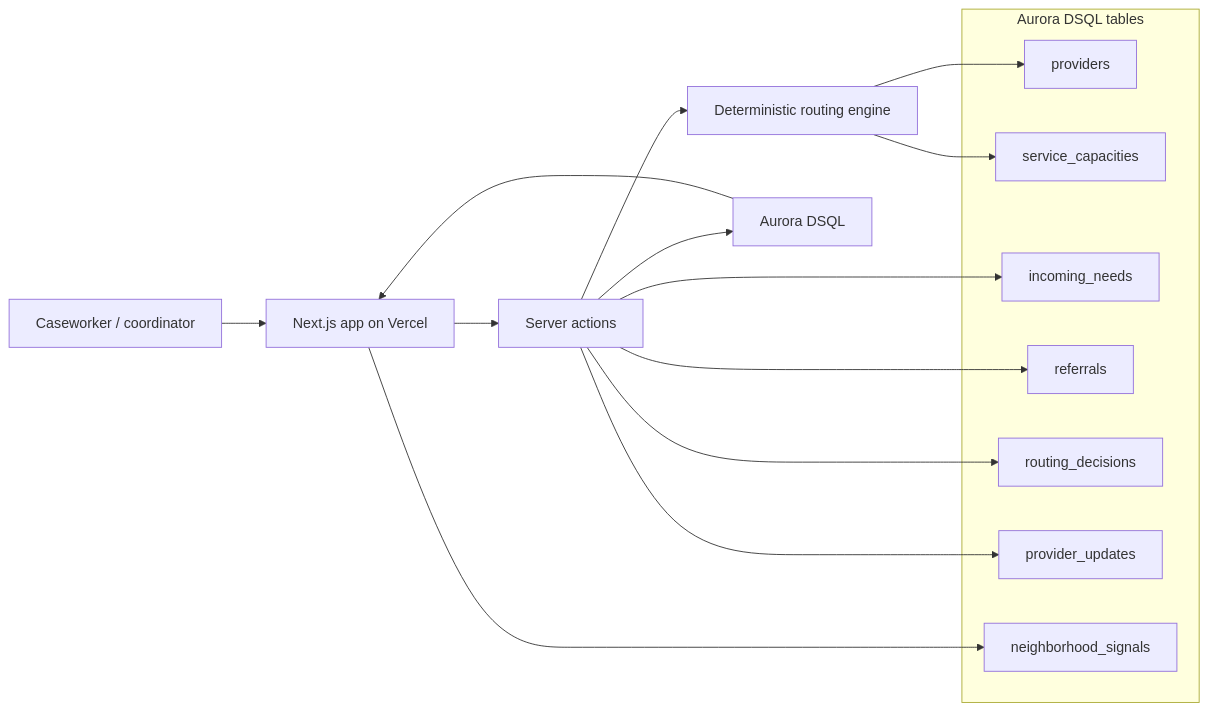
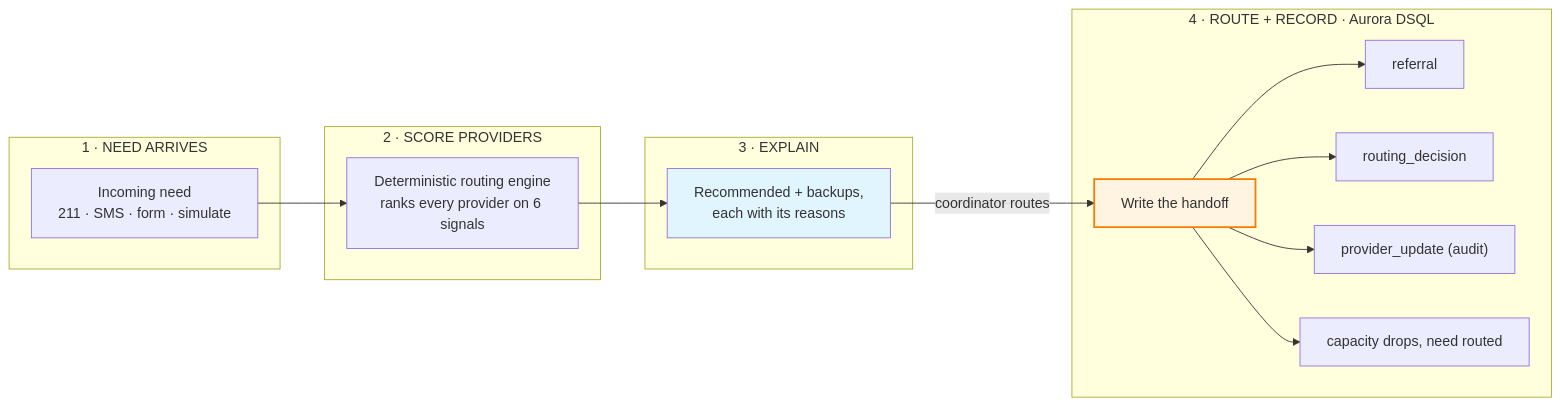
One commit to Sai-Krishna99/civic-pulse changed the first of 4 diagrams in README.md. Above: the diagram before and after it, drawn with Mermaid. The commit also changed other lines of this file and 10 other files, not shown here.

First line of the commit message:
docs: showcase README with diagrams + live screenshots; DSQL dev tooling

````diff
--- a/README.md
+++ b/README.md
@@ -29,26 +41,21 @@
 ```mermaid
-flowchart LR
-  operator["Caseworker / coordinator"] --> app["Next.js app on Vercel"]
-  app --> actions["Server actions"]
-  actions --> routing["Deterministic routing engine"]
-  actions --> dsql["Aurora DSQL"]
-  dsql --> app
-
-  subgraph "Aurora DSQL tables"
-    providers["providers"]
-    capacity["service_capacities"]
-    needs["incoming_needs"]
-    referrals["referrals"]
-    decisions["routing_decisions"]
-    updates["provider_updates"]
-    signals["neighborhood_signals"]
-  end
-
-  routing --> providers
-  routing --> capacity
-  actions --> needs
-  actions --> referrals
-  actions --> decisions
-  actions --> updates
-  app --> signals
+graph LR
+    subgraph S1["1 · NEED ARRIVES"]
+        N["Incoming need<br/>211 · SMS · form · simulate"]
+    end
+    subgraph S2["2 · SCORE PROVIDERS"]
+        N --> SC["Deterministic routing engine<br/>ranks every provider on 6 signals"]
+    end
+    subgraph S3["3 · EXPLAIN"]
+        SC --> EX["Recommended + backups,<br/>each with its reasons"]
+    end
+    subgraph S4["4 · ROUTE + RECORD · Aurora DSQL"]
+        EX -->|coordinator routes| W["Write the handoff"]
+        W --> R1["referral"]
+        W --> R2["routing_decision"]
+        W --> R3["provider_update (audit)"]
+        W --> R4["capacity drops, need routed"]
+    end
+    style EX fill:#e1f5ff
+    style W fill:#fff4e1,stroke:#f57c00,stroke-width:2px
 ```
````
